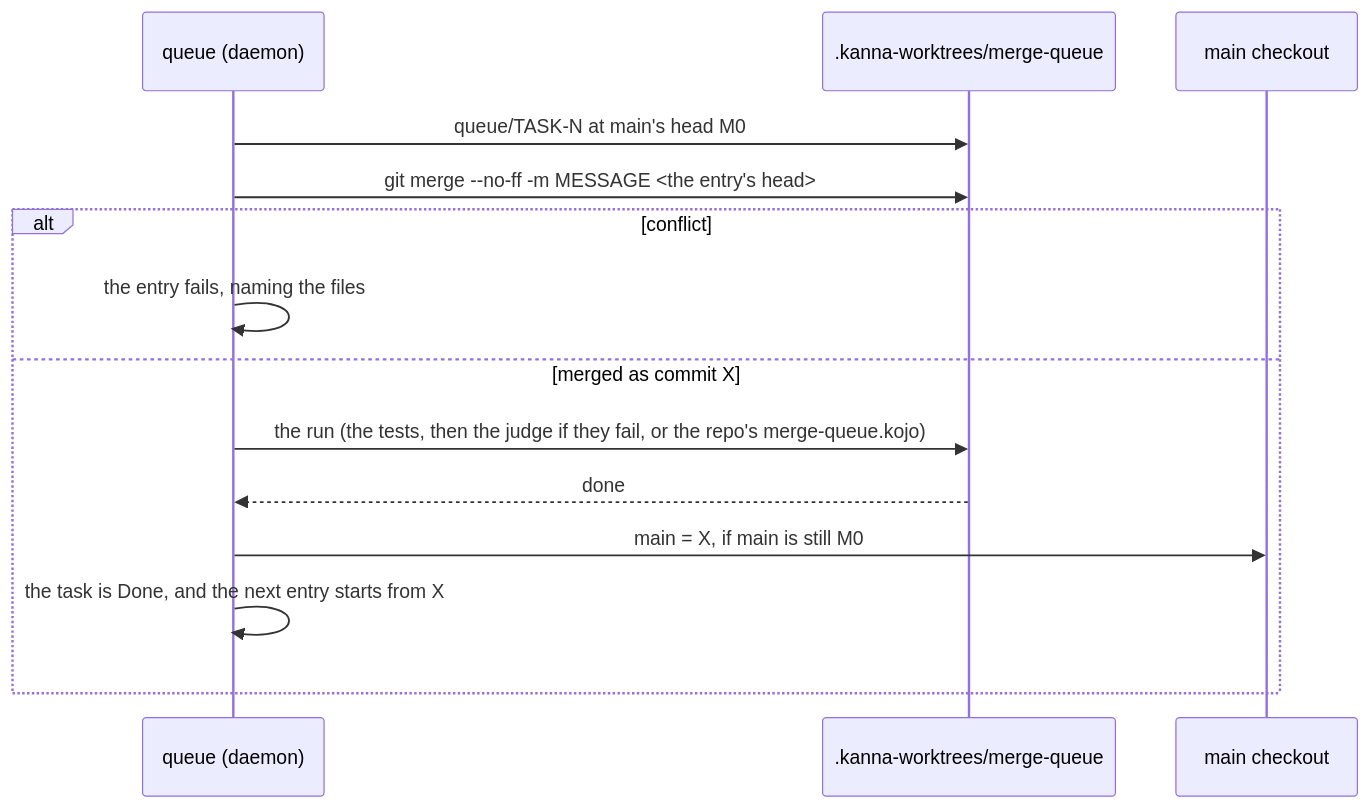
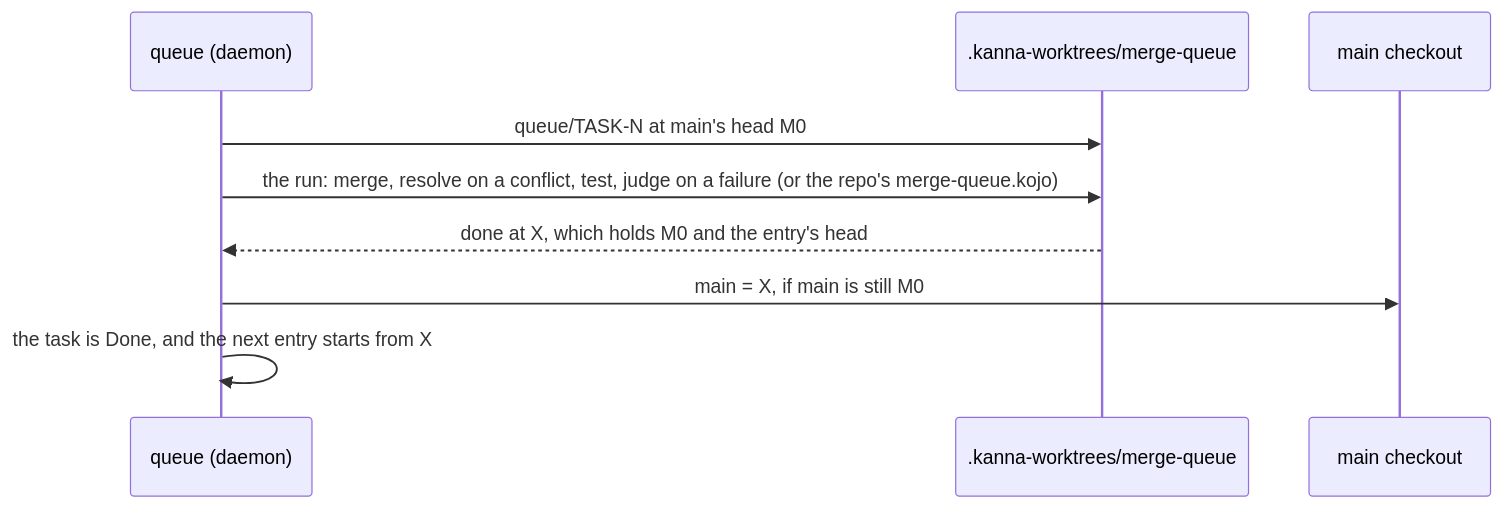
One commit to tampopogk/kanna changed the second of 5 diagrams in docs/specs/merge-queue.md. Above: the diagram before and after it, drawn with Mermaid. The commit also changed other lines of this file and 20 other files, not shown here.

First line of the commit message:
Merge queue: a conflict with main is the pipeline's to handle

````diff
--- a/docs/specs/merge-queue.md
+++ b/docs/specs/merge-queue.md
@@ -65,16 +71,11 @@
 ```mermaid
 sequenceDiagram
     participant Q as queue (daemon)
     participant W as .kanna-worktrees/merge-queue
     participant M as main checkout
     Q->>W: queue/TASK-N at main's head M0
-    Q->>W: git merge --no-ff -m MESSAGE <the entry's head>
-    alt conflict
-        Q->>Q: the entry fails, naming the files
-    else merged as commit X
-        Q->>W: the run (the tests, then the judge if they fail, or the repo's merge-queue.kojo)
-        W-->>Q: done
-        Q->>M: main = X, if main is still M0
-        Q->>Q: the task is Done, and the next entry starts from X
-    end
+    Q->>W: the run: merge, resolve on a conflict, test, judge on a failure (or the repo's merge-queue.kojo)
+    W-->>Q: done at X, which holds M0 and the entry's head
+    Q->>M: main = X, if main is still M0
+    Q->>Q: the task is Done, and the next entry starts from X
 ```
````
